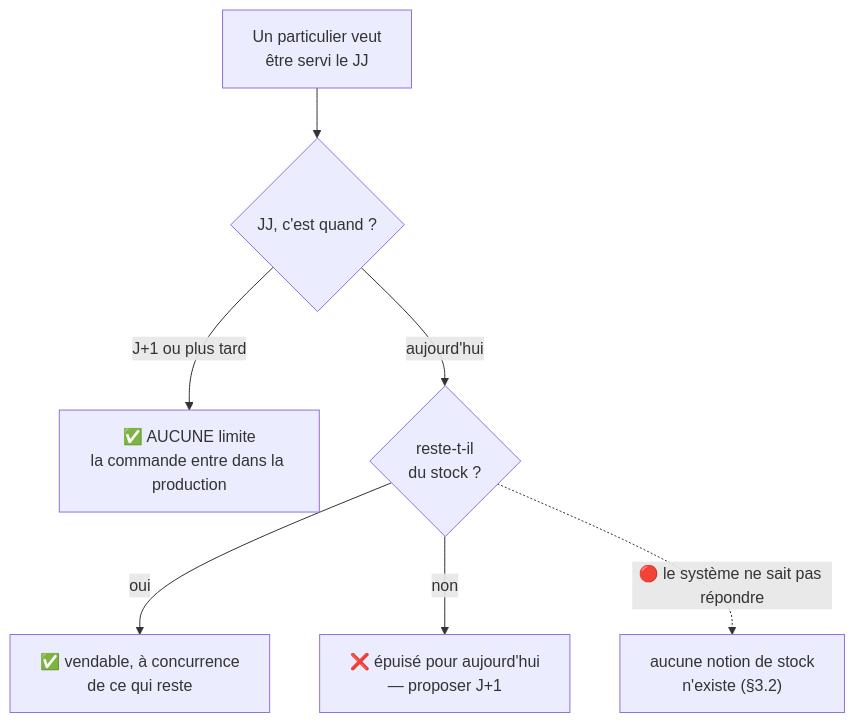
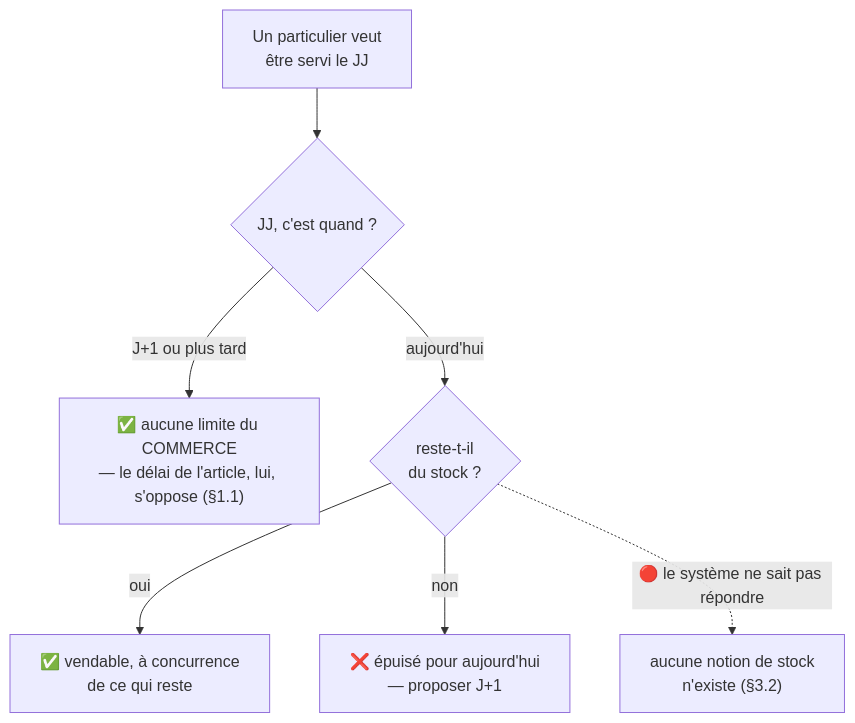
One commit to hugoheynard/lfd changed the second of 4 diagrams in documentation/b2b/plan-heure-limite-par-clientele.md. Above: the diagram before and after it, drawn with Mermaid. The commit also changed other lines of this file, not shown here.

First line of the commit message:
docs(b2b): le résumé et le schéma disaient encore « aucune limite »

````diff
--- a/documentation/b2b/plan-heure-limite-par-clientele.md
+++ b/documentation/b2b/plan-heure-limite-par-clientele.md
@@ -144,12 +148,12 @@
 ```mermaid
 flowchart TD
     V["Un particulier veut<br/>être servi le JJ"] --> WHEN{"JJ, c'est quand ?"}
 
-    WHEN -->|"J+1 ou plus tard"| LIBRE["✅ AUCUNE limite<br/>la commande entre dans la production"]
+    WHEN -->|"J+1 ou plus tard"| LIBRE["✅ aucune limite du COMMERCE<br/>— le délai de l'article, lui, s'oppose (§1.1)"]
     WHEN -->|"aujourd'hui"| STOCK{"reste-t-il<br/>du stock ?"}
 
     STOCK -->|oui| VEND["✅ vendable, à concurrence<br/>de ce qui reste"]
     STOCK -->|non| RIEN["❌ épuisé pour aujourd'hui<br/>— proposer J+1"]
 
     STOCK -.->|"🔴 le système ne sait pas répondre"| TROU["aucune notion de stock<br/>n'existe (§3.2)"]
 ```
````
